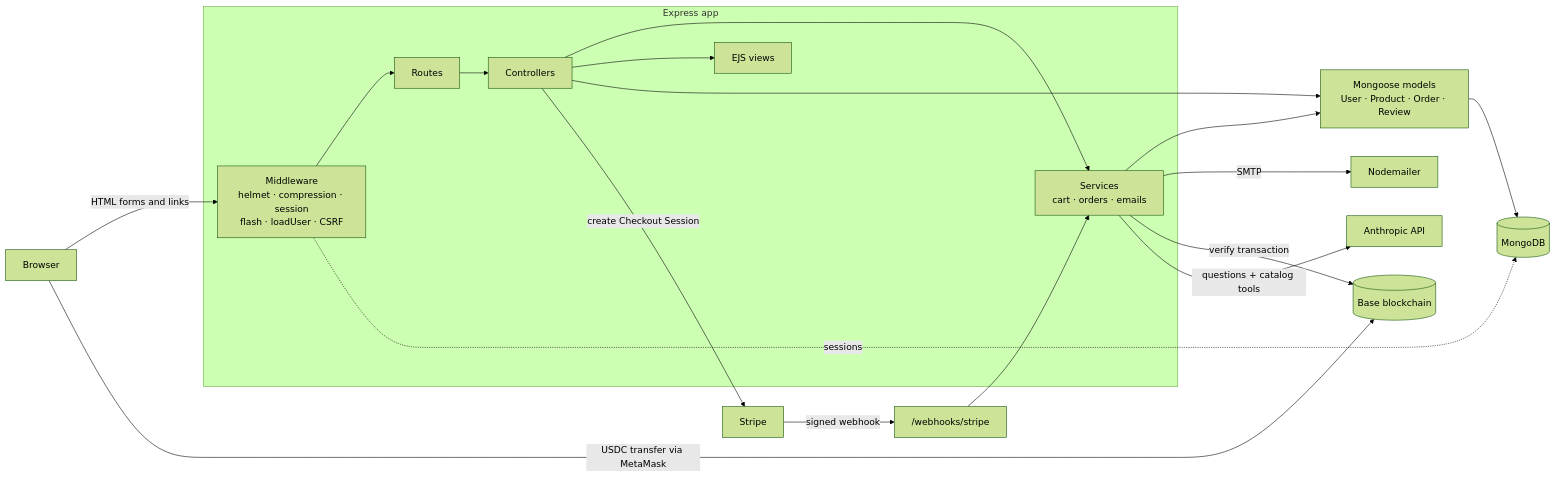
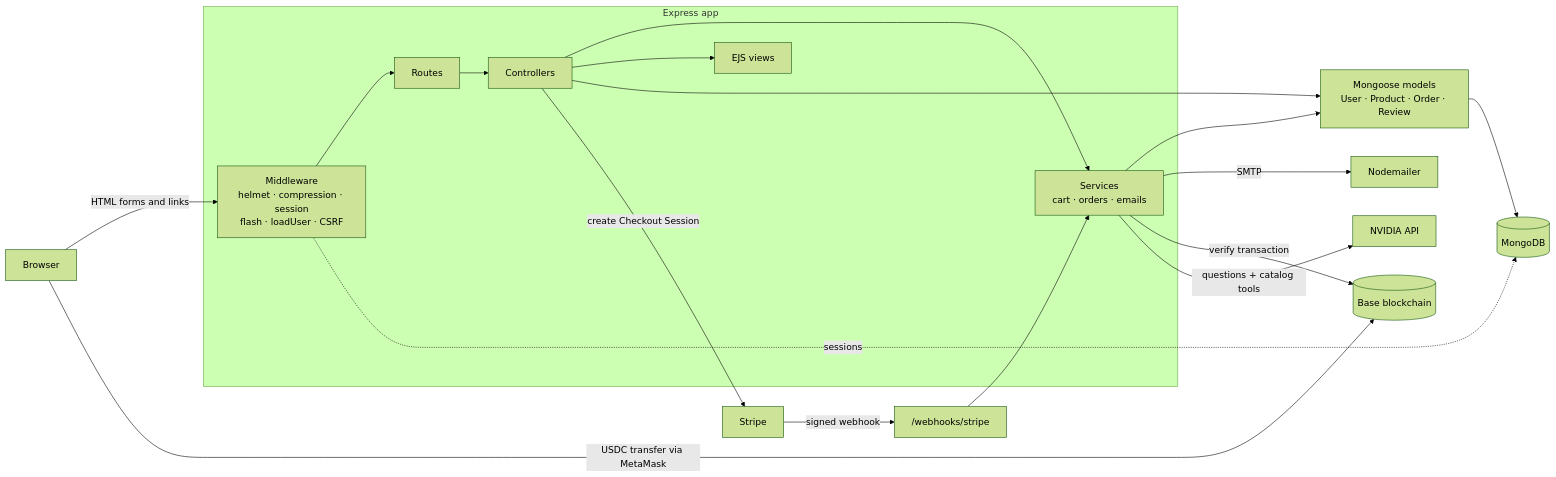
One commit to Azan-imtiaz/AzanMart changed the diagram in README.md. Above: the diagram before and after it, drawn with Mermaid (forest theme). The commit also changed other lines of this file and 13 other files, not shown here.

First line of the commit message:
feat(assistant): switch the AI assistant from Anthropic to the NVIDIA API

````diff
--- a/README.md
+++ b/README.md
@@ -148,24 +148,24 @@
 ```mermaid
 flowchart LR
     Browser -->|HTML forms and links| MW
 
     subgraph Express app
         MW["Middleware<br/>helmet · compression · session<br/>flash · loadUser · CSRF"] --> Routes
         Routes --> Controllers
         Controllers --> Services["Services<br/>cart · orders · emails"]
         Controllers --> Views["EJS views"]
     end
 
     Services --> Models["Mongoose models<br/>User · Product · Order · Review"]
     Controllers --> Models
     Models --> DB[(MongoDB)]
     MW -. sessions .-> DB
 
     Controllers -->|create Checkout Session| Stripe
     Stripe -->|signed webhook| Webhook["/webhooks/stripe"]
     Webhook --> Services
     Services -->|SMTP| Mail[Nodemailer]
     Browser -->|USDC transfer via MetaMask| Chain[(Base blockchain)]
     Services -->|verify transaction| Chain
-    Services -->|questions + catalog tools| Anthropic[Anthropic API]
+    Services -->|questions + catalog tools| NVIDIA[NVIDIA API]
 ```
````
